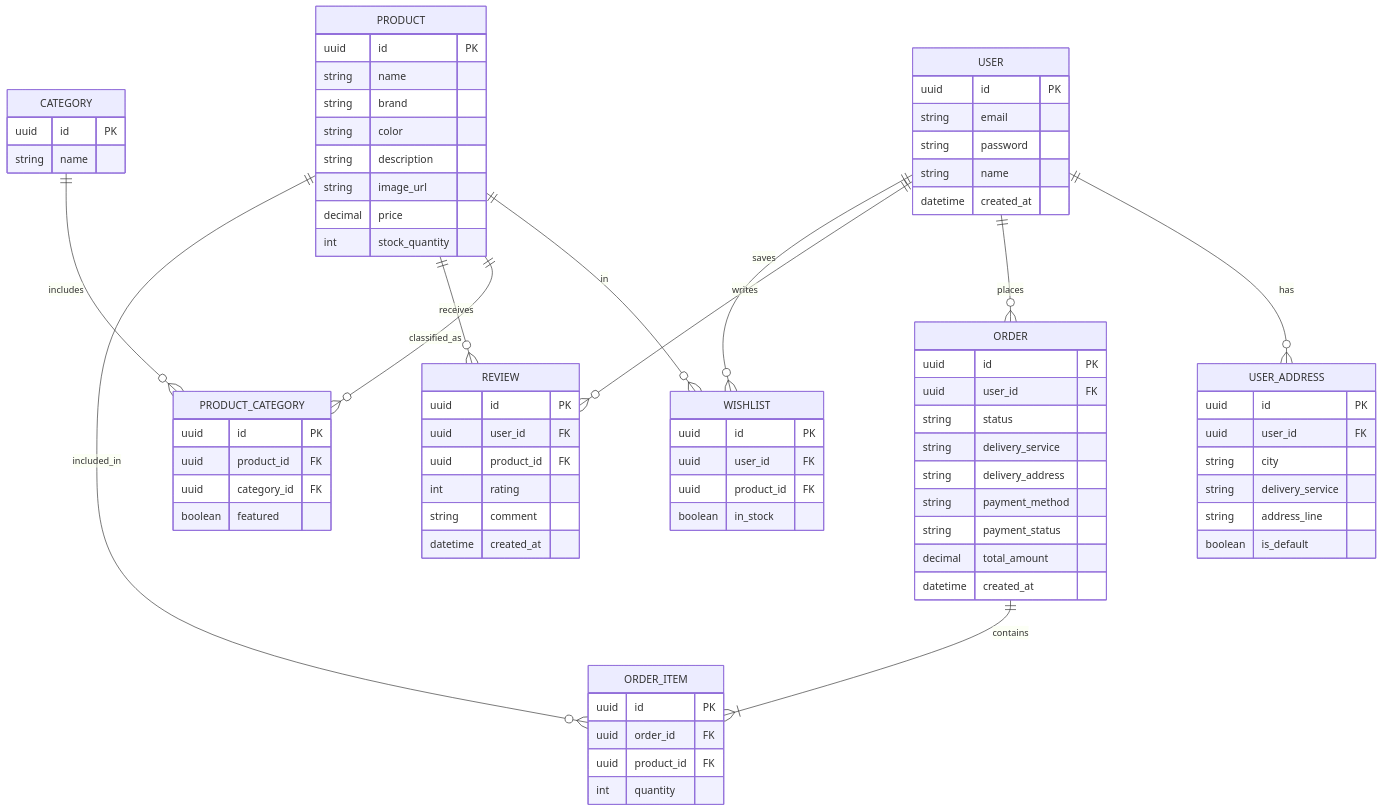
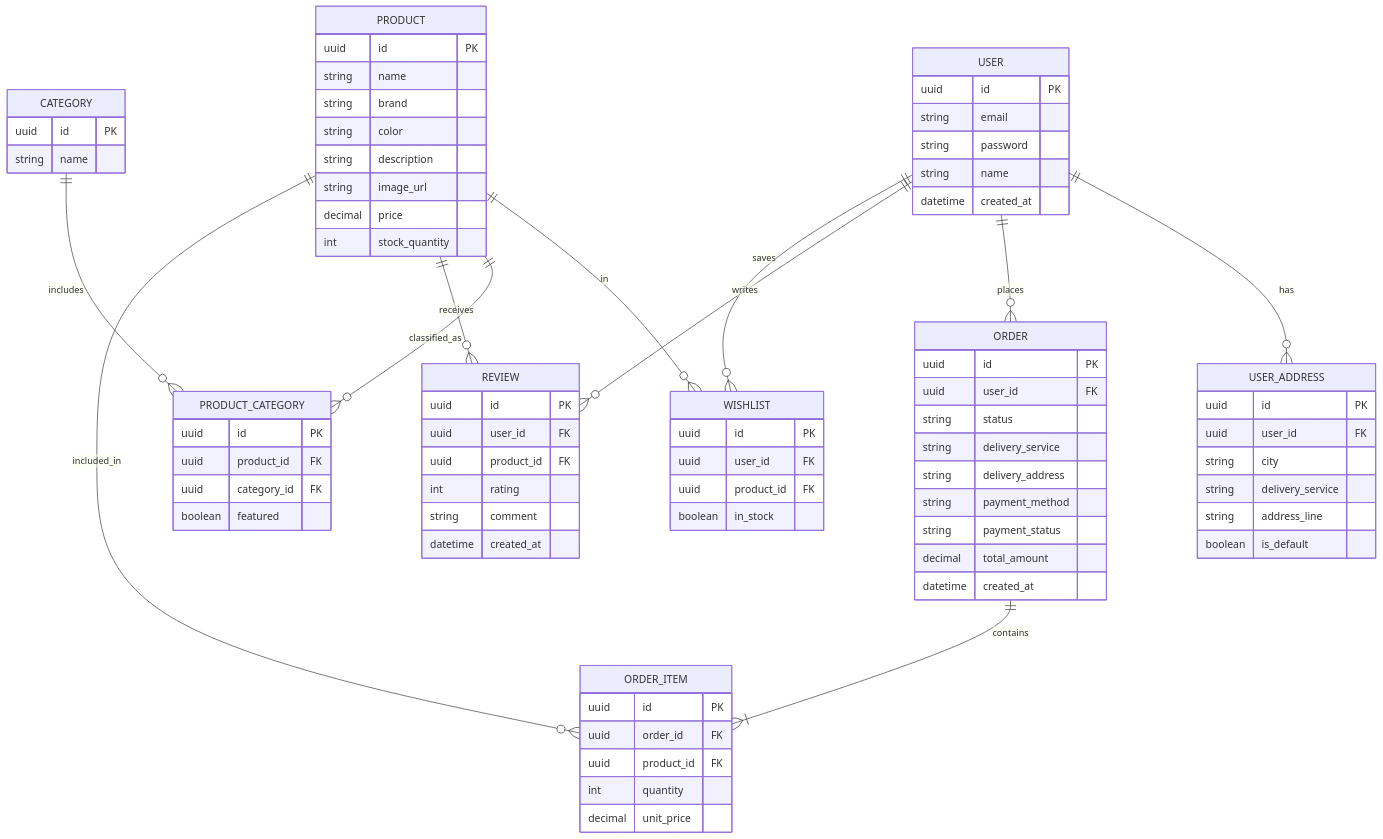
The diagram in diagram.mmd (Ro-sya/KPI), drawn with Mermaid before and after one commit. The commit also changed 1 other file, not shown here.

Commit message:
add unit price in OrderItem also update business rules

```diff
--- a/diagram.mmd
+++ b/diagram.mmd
@@ -1,86 +1,87 @@
 erDiagram
     USER {
         uuid id PK
         string email
         string password
         string name
         datetime created_at
     }
 
     USER_ADDRESS {
         uuid id PK
         uuid user_id FK
         string city
         string delivery_service
         string address_line
         boolean is_default
     }
 
     PRODUCT {
         uuid id PK
         string name
         string brand
         string color
         string description
         string image_url
         decimal price
         int stock_quantity
     }
 
     CATEGORY {
         uuid id PK
         string name
     }
 
     PRODUCT_CATEGORY {
         uuid id PK
         uuid product_id FK
         uuid category_id FK
         boolean featured
     }
 
     WISHLIST {
         uuid id PK
         uuid user_id FK
         uuid product_id FK
         boolean in_stock
     }
 
     ORDER {
         uuid id PK
         uuid user_id FK
         string status
         string delivery_service
         string delivery_address
         string payment_method
         string payment_status
         decimal total_amount
         datetime created_at
     }
 
     ORDER_ITEM {
         uuid id PK
         uuid order_id FK
         uuid product_id FK
         int quantity
+        decimal unit_price
     }
 
     REVIEW {
         uuid id PK
         uuid user_id FK
         uuid product_id FK
         int rating
         string comment
         datetime created_at
     }
 
     USER ||--o{ USER_ADDRESS : "has"
     USER ||--o{ ORDER : "places"
     USER ||--o{ REVIEW : "writes"
     USER ||--o{ WISHLIST : "saves"
     PRODUCT ||--o{ WISHLIST : "in"
     PRODUCT ||--o{ PRODUCT_CATEGORY : "classified_as"
     CATEGORY ||--o{ PRODUCT_CATEGORY : "includes"
     PRODUCT ||--o{ REVIEW : "receives"
     ORDER ||--|{ ORDER_ITEM : "contains"
     PRODUCT ||--o{ ORDER_ITEM : "included_in"
```
